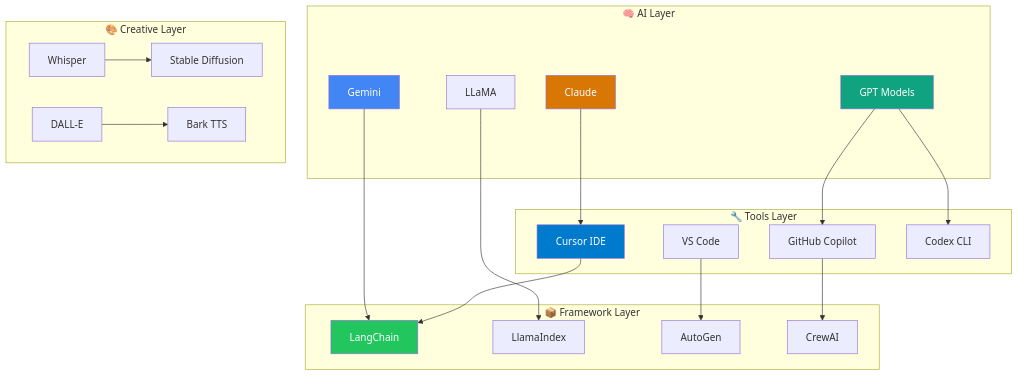
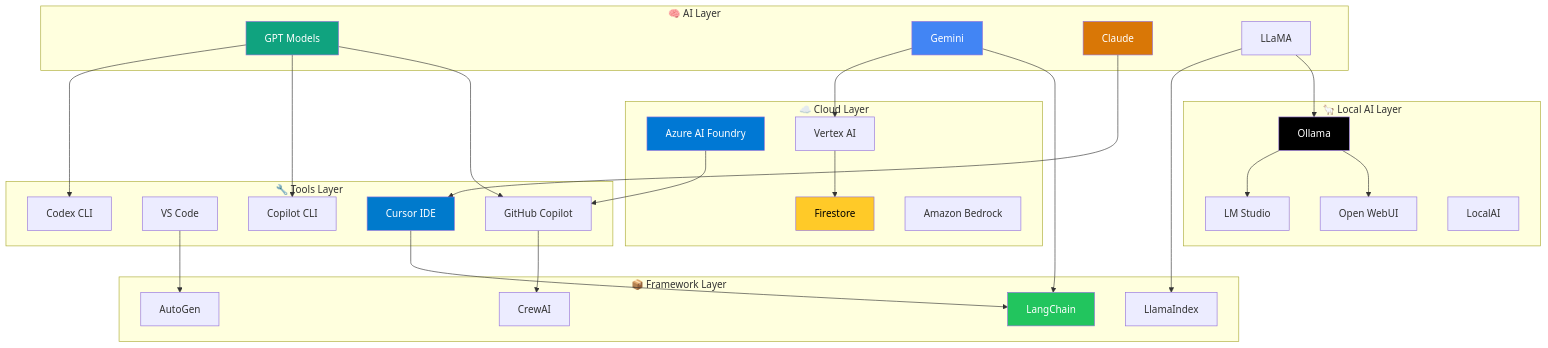
The fifth of 8 diagrams in README.md (SpiralCloudOmega/DevTeam6), drawn with Mermaid before and after one commit. The commit also changed other lines of this file, not shown here.

Commit message:
Add major AI platform links: Azure AI Foundry, Copilot CLI, Firebase/Firestore, Ollama with Open-WebUI, and enhance UX

````diff
--- a/README.md
+++ b/README.md
@@ -1812,49 +2027,66 @@
 ```mermaid
 graph TD
     subgraph "🧠 AI Layer"
         GPT[GPT Models]
         GEMINI[Gemini]
         CLAUDE[Claude]
         LLAMA[LLaMA]
     end
     
     subgraph "🔧 Tools Layer"
         CURSOR[Cursor IDE]
         VSCODE[VS Code]
         COPILOT[GitHub Copilot]
+        COPILOTCLI[Copilot CLI]
         CODEX[Codex CLI]
+    end
+    
+    subgraph "🦙 Local AI Layer"
+        OLLAMA[Ollama]
+        OPENWEBUI[Open WebUI]
+        LMSTUDIO[LM Studio]
+        LOCALAI[LocalAI]
+    end
+    
+    subgraph "☁️ Cloud Layer"
+        AZURE[Azure AI Foundry]
+        VERTEX[Vertex AI]
+        FIRESTORE[Firestore]
+        BEDROCK[Amazon Bedrock]
     end
     
     subgraph "📦 Framework Layer"
         LANGCHAIN[LangChain]
         LLAMAINDEX[LlamaIndex]
         AUTOGEN[AutoGen]
         CREWAI[CrewAI]
     end
     
-    subgraph "🎨 Creative Layer"
-        WHISPER[Whisper]
-        DALLE[DALL-E]
-        SD[Stable Diffusion]
-        BARK[Bark TTS]
-    end
-    
     GPT --> COPILOT
+    GPT --> COPILOTCLI
     GPT --> CODEX
     GEMINI --> LANGCHAIN
+    GEMINI --> VERTEX
     CLAUDE --> CURSOR
+    LLAMA --> OLLAMA
     LLAMA --> LLAMAINDEX
+    
+    OLLAMA --> OPENWEBUI
+    OLLAMA --> LMSTUDIO
     
     CURSOR --> LANGCHAIN
     VSCODE --> AUTOGEN
     COPILOT --> CREWAI
     
-    WHISPER --> SD
-    DALLE --> BARK
+    AZURE --> COPILOT
+    VERTEX --> FIRESTORE
     
     style GPT fill:#10a37f,color:#fff
     style GEMINI fill:#4285f4,color:#fff
     style CLAUDE fill:#d97706,color:#fff
     style CURSOR fill:#007acc,color:#fff
     style LANGCHAIN fill:#22c55e,color:#fff
+    style OLLAMA fill:#000000,color:#fff
+    style AZURE fill:#0078D4,color:#fff
+    style FIRESTORE fill:#FFCA28,color:#000
 ```
````
